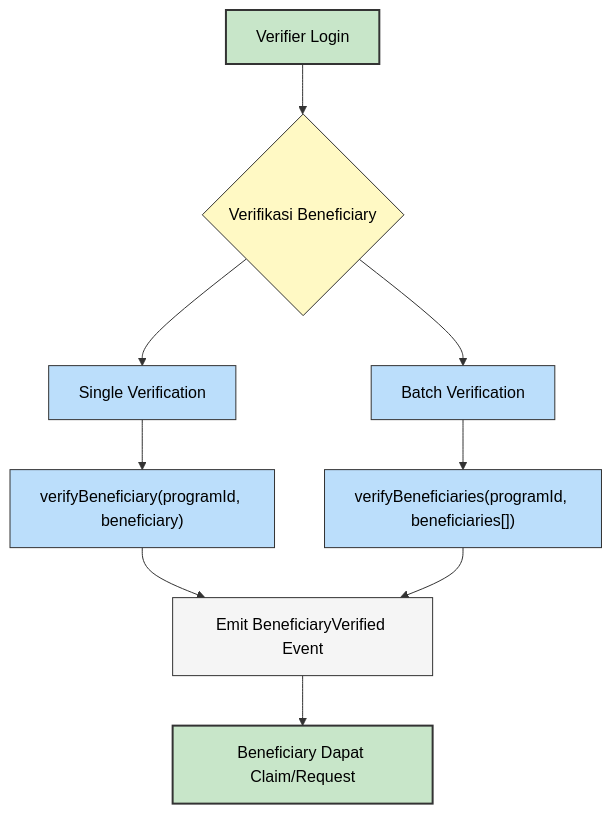
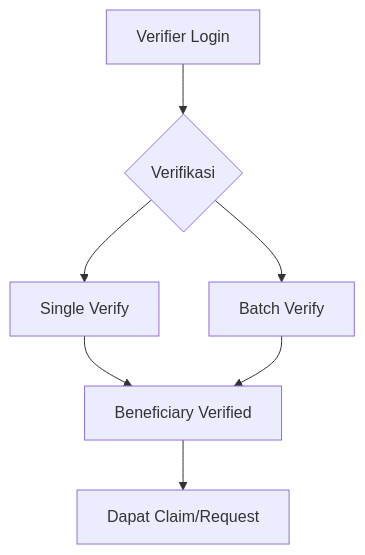
One commit to raflimulyarahman/PocketGrant changed the fourth of 9 diagrams in WALKTHROUGH.md. Above: the diagram before and after it, drawn with Mermaid. The commit also changed other lines of this file, not shown here.

Commit message:
docs: Simplify mermaid diagrams and entity details in the walkthrough.

````diff
--- a/WALKTHROUGH.md
+++ b/WALKTHROUGH.md
@@ -172,20 +113,9 @@
 ```mermaid
 flowchart TD
-    classDef positive stroke:#333,stroke-width:2px,fill:#c8e6c9,color:#000
-    classDef actionNode stroke:#333,stroke-width:1px,fill:#bbdefb,color:#000
-    classDef decision stroke:#333,stroke-width:1px,fill:#fff9c4,color:#000
-    classDef infoNode stroke:#333,stroke-width:1px,fill:#f5f5f5,color:#000
-
-    A["Verifier Login"]:::positive --> B{Verifikasi Beneficiary}:::decision
-
-    B --> C["Single Verification"]:::actionNode
-    C --> C1["verifyBeneficiary(programId, beneficiary)"]:::actionNode
-
-    B --> D["Batch Verification"]:::actionNode
-    D --> D1["verifyBeneficiaries(programId, beneficiaries[])"]:::actionNode
-
-    C1 --> E["Emit BeneficiaryVerified Event"]:::infoNode
-    D1 --> E
-
-    E --> F["Beneficiary Dapat Claim/Request"]:::positive
+    A[Verifier Login] --> B{Verifikasi}
+    B --> C[Single Verify]
+    B --> D[Batch Verify]
+    C --> E[Beneficiary Verified]
+    D --> E
+    E --> F[Dapat Claim/Request]
 ```
````
